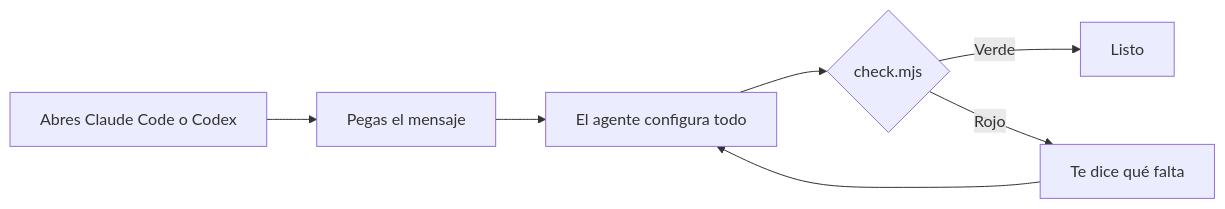
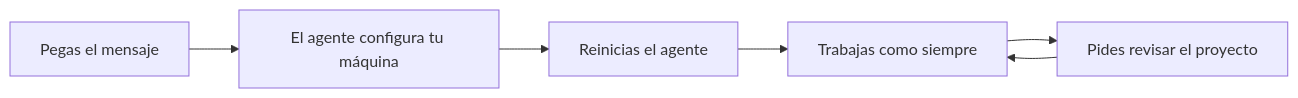
Before and after one commit to Valinova/agentes-listos: the diagram in README.md, drawn with Mermaid. The commit also changed other lines of this file and 5 other files, not shown here.

````diff
--- a/README.md
+++ b/README.md
@@ -5,9 +15,8 @@
 ```mermaid
 flowchart LR
-    A[Abres Claude Code o Codex] --> B[Pegas el mensaje]
-    B --> C[El agente configura todo]
-    C --> D{check.mjs}
-    D -->|Verde| E[Listo]
-    D -->|Rojo| F[Te dice qué falta]
-    F --> C
+    A[Pegas el mensaje] --> B[El agente configura tu máquina]
+    B --> C[Reinicias el agente]
+    C --> D[Trabajas como siempre]
+    D --> E[Pides revisar el proyecto]
+    E --> D
 ```
````
